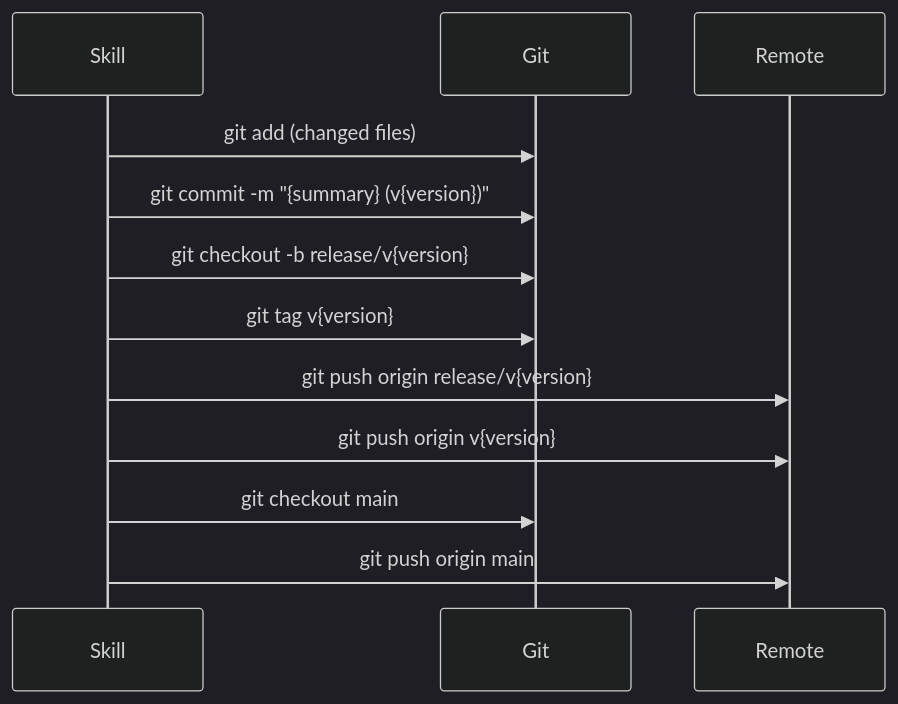
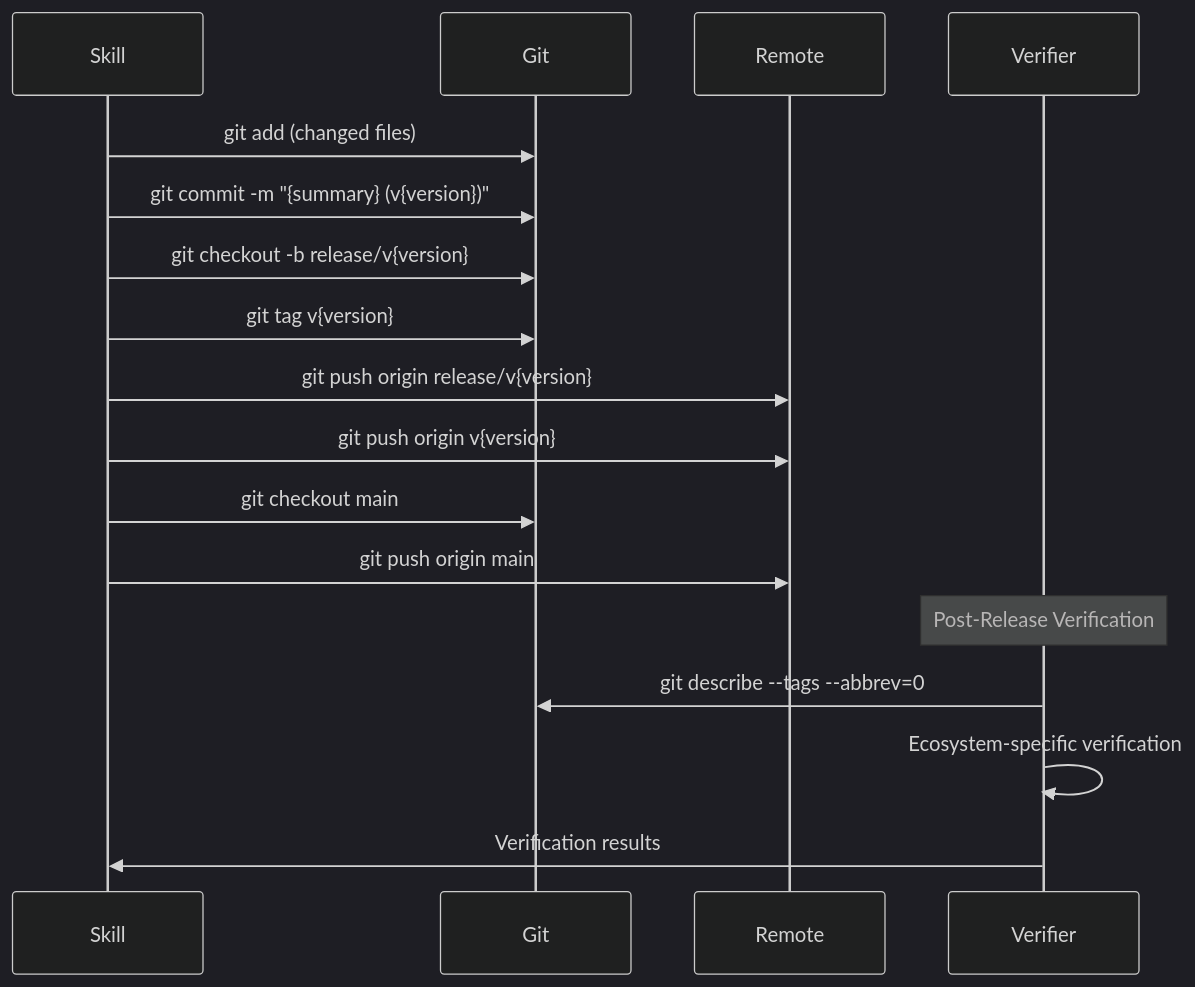
One commit to sync-dev-org/sync-sdd changed the third of 3 diagrams in .claude/sdd/project/specs/release-automation/design.md. Above: the diagram before and after it, drawn with Mermaid (dark theme). The commit also changed other lines of this file and 8 other files, not shown here.

First line of the commit message:
release-automation: Add Post-Release Verification step (v1.1.0)

````diff
--- a/.claude/sdd/project/specs/release-automation/design.md
+++ b/.claude/sdd/project/specs/release-automation/design.md
@@ -132,15 +192,20 @@
 ```mermaid
 sequenceDiagram
     participant S as Skill
     participant G as Git
     participant R as Remote
+    participant V as Verifier
 
     S->>G: git add (changed files)
     S->>G: git commit -m "{summary} (v{version})"
     S->>G: git checkout -b release/v{version}
     S->>G: git tag v{version}
     S->>R: git push origin release/v{version}
     S->>R: git push origin v{version}
     S->>G: git checkout main
     S->>R: git push origin main
+    Note over V: Post-Release Verification
+    V->>G: git describe --tags --abbrev=0
+    V->>V: Ecosystem-specific verification
+    V->>S: Verification results
 ```
````
